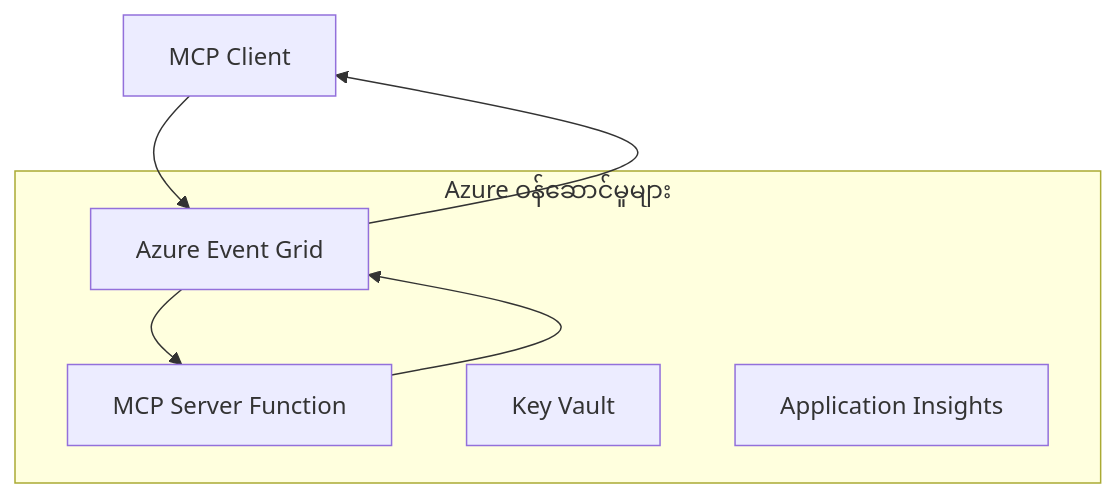
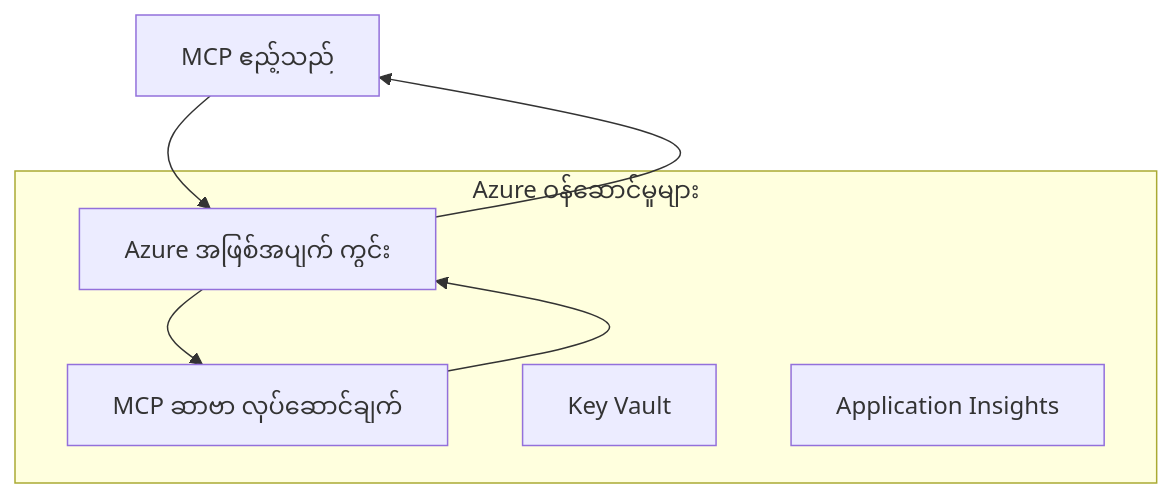
Before and after one commit to HIDORAKAI002/ai-workspace-archive: the first of 2 diagrams in mcp_ecosystem__model_context_protocol/mcp_learning_resources/mcp-for-beginners/translations/my/05-AdvancedTopics/mcp-transport/README.md, drawn with Mermaid. The commit also changed other lines of this file and 1046 other files, not shown here.

````diff
--- a/mcp_ecosystem__model_context_protocol/mcp_learning_resources/mcp-for-beginners/translations/my/05-AdvancedTopics/mcp-transport/README.md
+++ b/mcp_ecosystem__model_context_protocol/mcp_learning_resources/mcp-for-beginners/translations/my/05-AdvancedTopics/mcp-transport/README.md
@@ -58,14 +60,14 @@
 ```mermaid
 graph TB
-    Client[MCP Client] --> EG[Azure Event Grid]
-    EG --> Server[MCP Server Function]
+    Client[MCP ဧည့်သည်] --> EG[Azure အဖြစ်အပျက် ကွင်း]
+    EG --> Server[MCP ဆာဗာ လုပ်ဆောင်ချက်]
     Server --> EG
     EG --> Client
     
     subgraph "Azure ဝန်ဆောင်မှုများ"
         EG
         Server
         KV[Key Vault]
         Monitor[Application Insights]
     end
 ```
````
